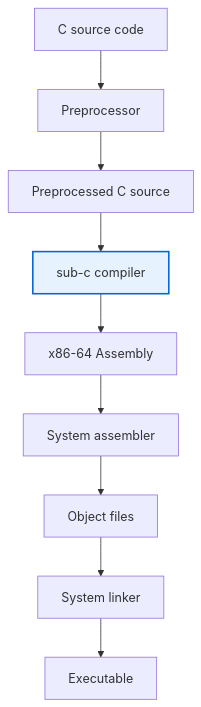
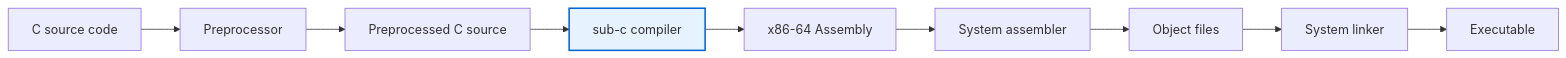
The diagram in README.md (joshuanunn/sub-c), drawn with Mermaid before and after one commit.

Commit message:
Reorient diagram

````diff
--- a/README.md
+++ b/README.md
@@ -93,16 +93,16 @@
 ```mermaid
-flowchart TD
+flowchart LR
     A["C source code"]
     B["Preprocessor"]
     C["Preprocessed C source"]
     D["sub-c compiler"]
     E["x86-64 Assembly"]
     F["System assembler"]
     G["Object files"]
     H["System linker"]
     I["Executable"]
 
     A --> B --> C --> D --> E --> F --> G --> H --> I
 
     style D fill:#e6f3ff,stroke:#0366d6,stroke-width:2px
 ```
````
